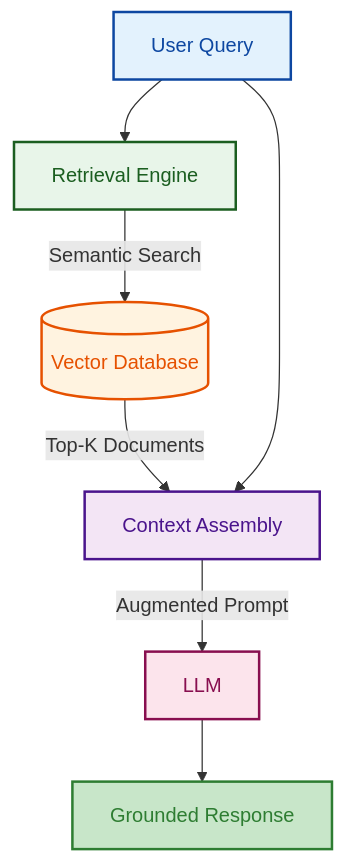
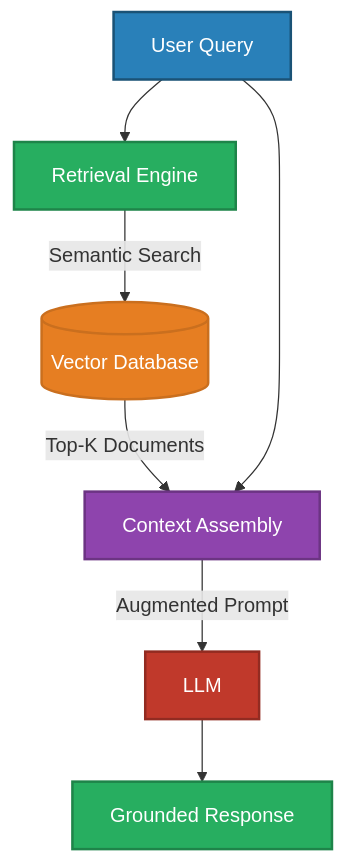
Before and after one commit to GyanendraChaubey/AI-Engineering-Notes: the first of 3 diagrams in docs/02-rag/README.md, drawn with Mermaid. The commit also changed other lines of this file and 15 other files, not shown here.

Commit message:
style: replace all Mermaid diagram colors with saturated palette + white text for dark mode compatibility (321 changes across 16 files)

````diff
--- a/docs/02-rag/README.md
+++ b/docs/02-rag/README.md
@@ -15,16 +15,16 @@
 ```mermaid
 flowchart TD
     A[User Query] --> B[Retrieval Engine]
     B -->|Semantic Search| C[(Vector Database)]
     C -->|Top-K Documents| D[Context Assembly]
     A --> D
     D -->|Augmented Prompt| E[LLM]
     E --> F[Grounded Response]
     
-    style A fill:#e3f2fd,stroke:#0d47a1,stroke-width:2px,color:#0d47a1
-    style B fill:#e8f5e9,stroke:#1b5e20,stroke-width:2px,color:#1b5e20
-    style C fill:#fff3e0,stroke:#e65100,stroke-width:2px,color:#e65100
-    style D fill:#f3e5f5,stroke:#4a148c,stroke-width:2px,color:#4a148c
-    style E fill:#fce4ec,stroke:#880e4f,stroke-width:2px,color:#880e4f
-    style F fill:#c8e6c9,stroke:#2e7d32,stroke-width:2px,color:#2e7d32
+    style A fill:#2980B9,stroke:#1A5276,stroke-width:2px,color:#FFFFFF
+    style B fill:#27AE60,stroke:#1E8449,stroke-width:2px,color:#FFFFFF
+    style C fill:#E67E22,stroke:#CA6F1E,stroke-width:2px,color:#FFFFFF
+    style D fill:#8E44AD,stroke:#6C3483,stroke-width:2px,color:#FFFFFF
+    style E fill:#C0392B,stroke:#922B21,stroke-width:2px,color:#FFFFFF
+    style F fill:#27AE60,stroke:#1E8449,stroke-width:2px,color:#FFFFFF
 ```
````
